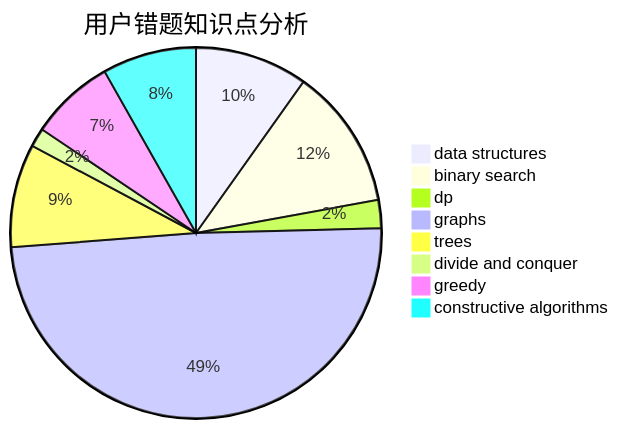
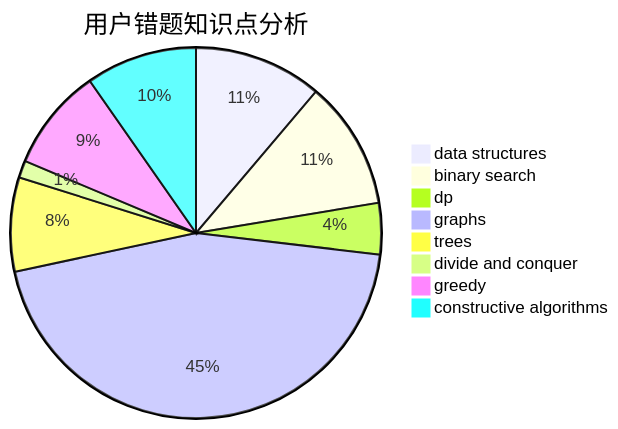
One commit to sherpahu/cfrs.github.io changed the third of 3 diagrams in docs/user/u961.md. Above: the diagram before and after it, drawn with Mermaid. The commit also changed other lines of this file and 2770 other files, not shown here.

````diff
--- a/docs/user/u961.md
+++ b/docs/user/u961.md
@@ -36,11 +36,11 @@
 ```mermaid
 pie title 用户错题知识点分析
-    "data structures" :  12
+    "data structures" :  15
     "binary search" :  15
-    "dp" :  3
+    "dp" :  6
     "graphs" :  60
     "trees" :  11
     "divide and conquer" :  2
-    "greedy" :  9
-    "constructive algorithms" :  10
+    "greedy" :  12
+    "constructive algorithms" :  13
 ```
````
